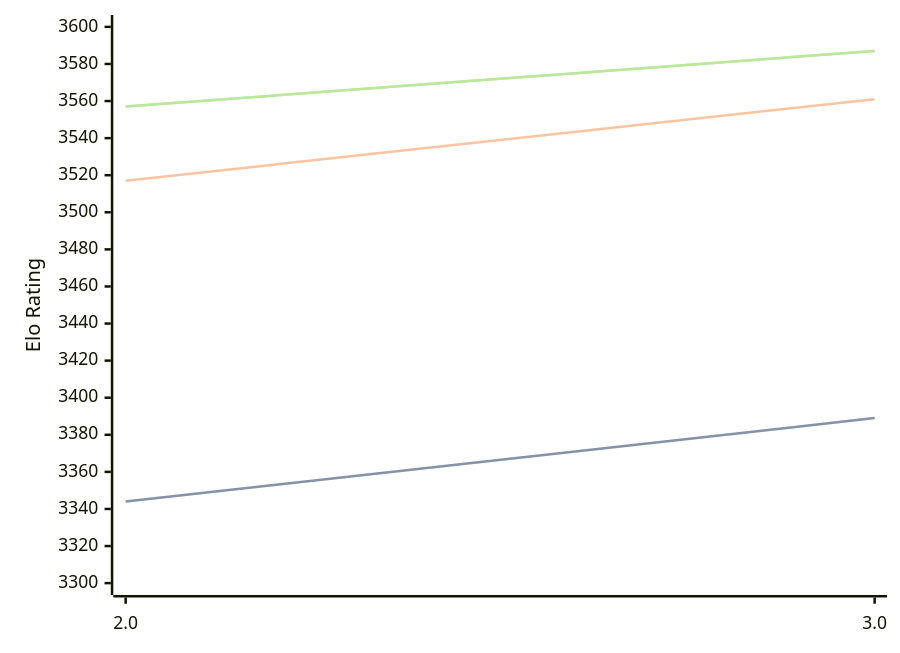
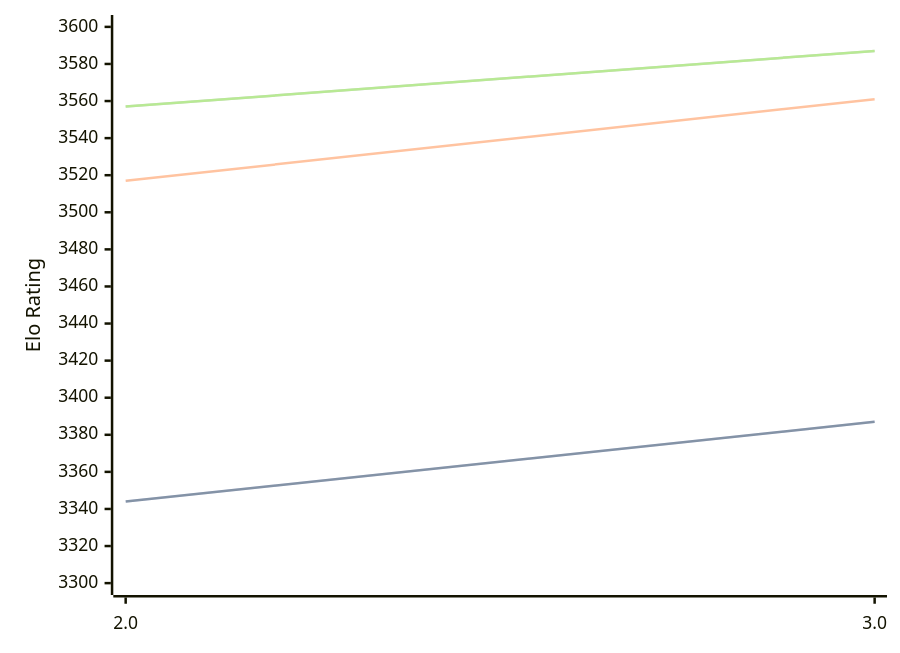
One commit to computer-chess-index/cci changed the diagram in engines/Quanticade.md. Above: the diagram before and after it, drawn with Mermaid. The commit also changed other lines of this file, not shown here.

````diff
--- a/engines/Quanticade.md
+++ b/engines/Quanticade.md
@@ -41,11 +41,11 @@
 ```mermaid
 %%{init: {"theme":"base","themeVariables":{"seriesColors:['#a3a3a3','#222221','#faa371']}}}%%
 xychart-beta
   x-axis ["2.0", "3.0"]
   y-axis "Elo Rating" 3300 --> 3600
-  line "STC (8.0+0.08s)" [3344, 3389]
-  line "STC (8.0+0.08s)" [3344, 3389]
+  line "STC (8.0+0.08s)" [3344, 3387]
+  line "STC (8.0+0.08s)" [3344, 3387]
   line "LTC (60.0+0.60s)" [3517, 3561]
   line "VLTC (2m24s+1.12s)" [3557, 3587]
   line "VLTC (2m24s+1.12s)" [3557, 3587]
 ```
````
